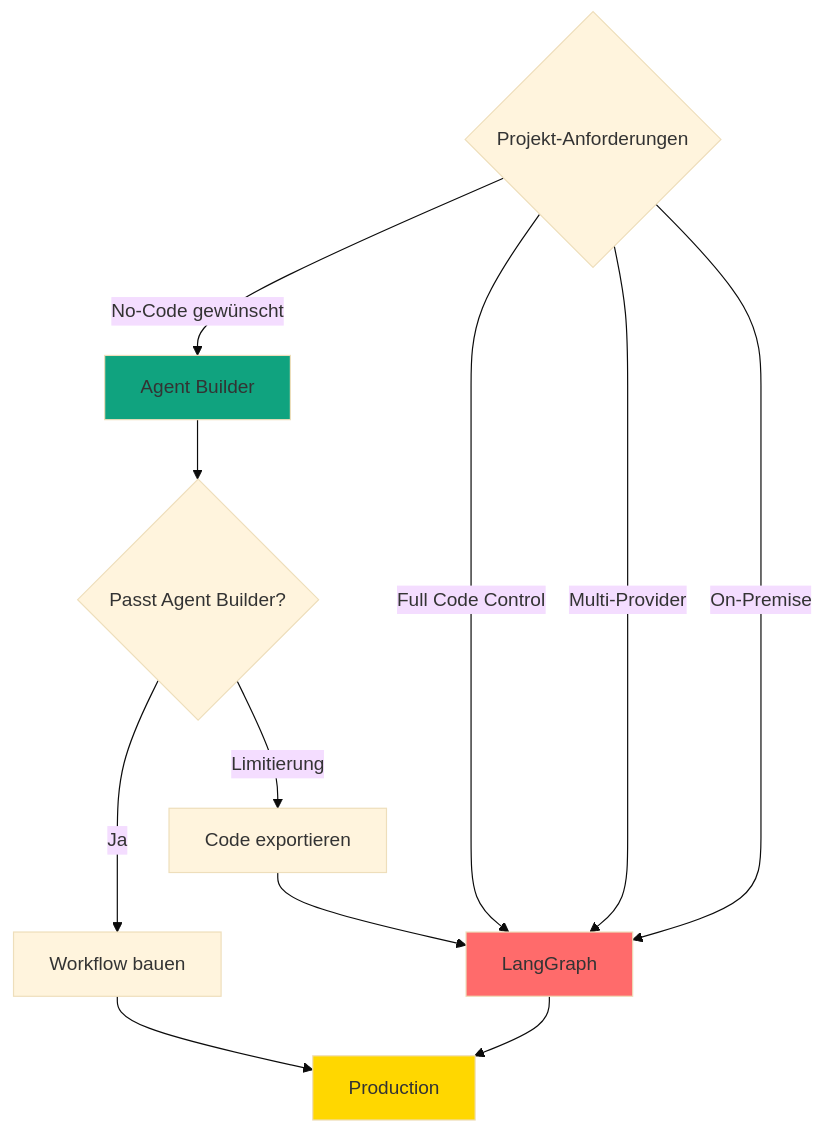
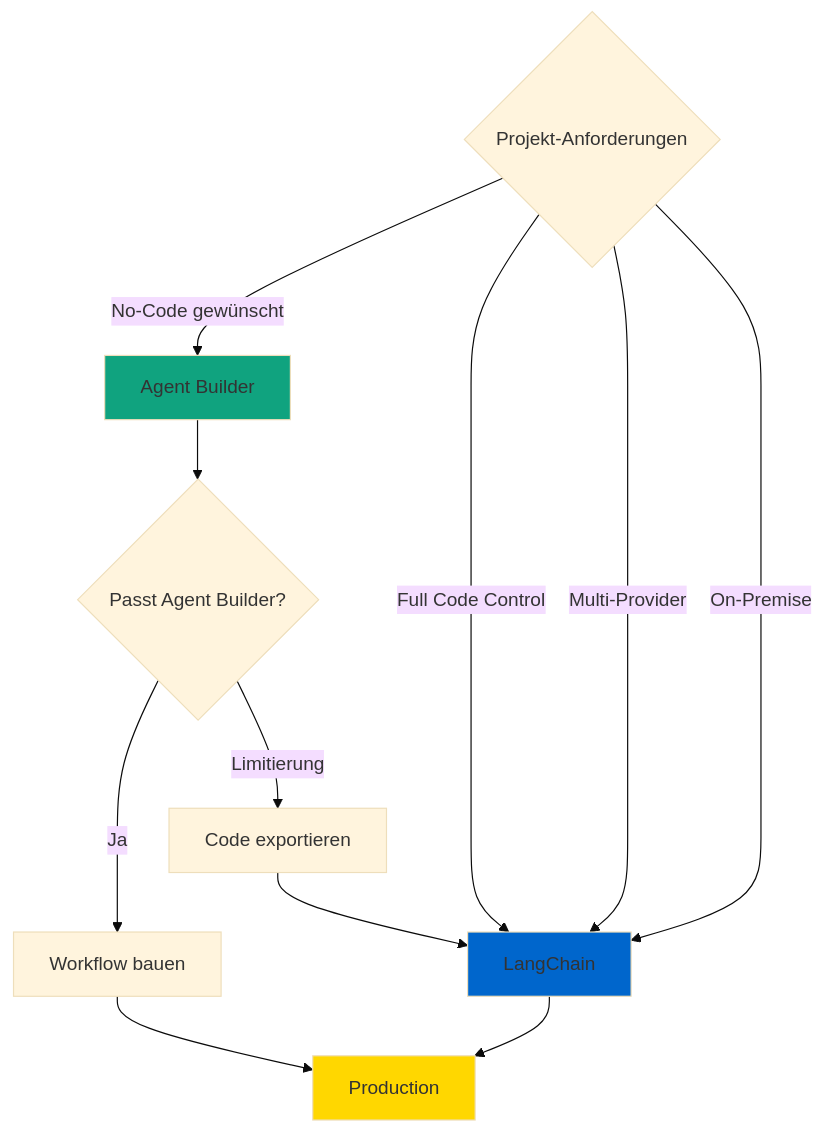
One commit to ralf-42/GenAI changed diagram 21 of 23 in docs/frameworks/Einsteiger_Agent_Builder.md. Above: the diagram before and after it, drawn with Mermaid (base theme). The commit also changed other lines of this file and 26 other files, not shown here.

````diff
--- a/docs/frameworks/Einsteiger_Agent_Builder.md
+++ b/docs/frameworks/Einsteiger_Agent_Builder.md
@@ -987,20 +899,20 @@
 ```mermaid
 graph TB
     START{Projekt-Anforderungen} -->|No-Code gewünscht| AB[Agent Builder]
-    START -->|Full Code Control| LG[LangGraph]
-    START -->|Multi-Provider| LG
-    START -->|On-Premise| LG
+    START -->|Full Code Control| LC[LangChain]
+    START -->|Multi-Provider| LC
+    START -->|On-Premise| LC
 
     AB --> CHECK1{Passt Agent Builder?}
     CHECK1 -->|Ja| BUILD[Workflow bauen]
     CHECK1 -->|Limitierung| EXPORT[Code exportieren]
 
-    EXPORT --> LG
+    EXPORT --> LC
 
     BUILD --> PROD[Production]
-    LG --> PROD
+    LC --> PROD
 
     style AB fill:#10a37f
-    style LG fill:#ff6b6b
+    style LC fill:#0066cc
     style PROD fill:#FFD700
 ```
````
